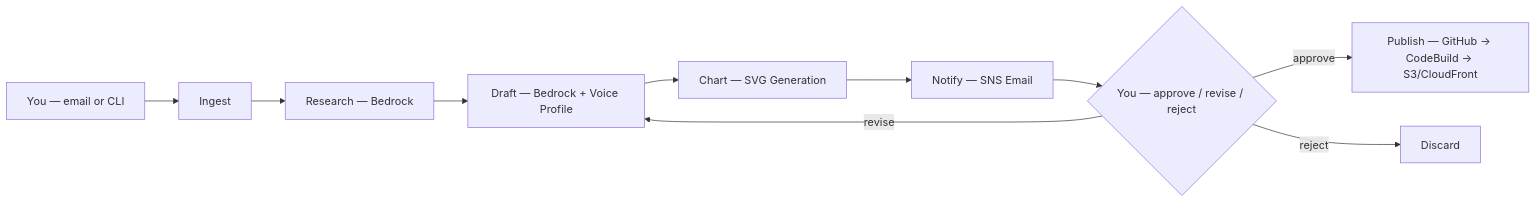
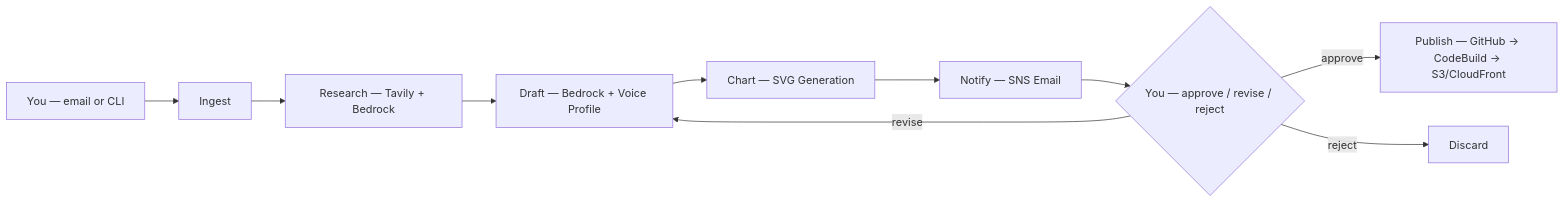
The diagram in agent/README.md (kzaky/khaledzaky.com), drawn with Mermaid before and after one commit. The commit also changed other lines of this file and 1 other file, not shown here.

First line of the commit message:
Update READMEs: Claude Sonnet 4.6, Tavily web search, full-post email

````diff
--- a/agent/README.md
+++ b/agent/README.md
@@ -15,12 +15,12 @@
 ```mermaid
 flowchart LR
     A[You — email or CLI] --> B[Ingest]
-    B --> C[Research — Bedrock]
+    B --> C[Research — Tavily + Bedrock]
     C --> D[Draft — Bedrock + Voice Profile]
     D --> E[Chart — SVG Generation]
     E --> F[Notify — SNS Email]
     F --> G{You — approve / revise / reject}
     G -->|approve| H[Publish — GitHub → CodeBuild → S3/CloudFront]
     G -->|revise| D
     G -->|reject| I[Discard]
 ```
````
